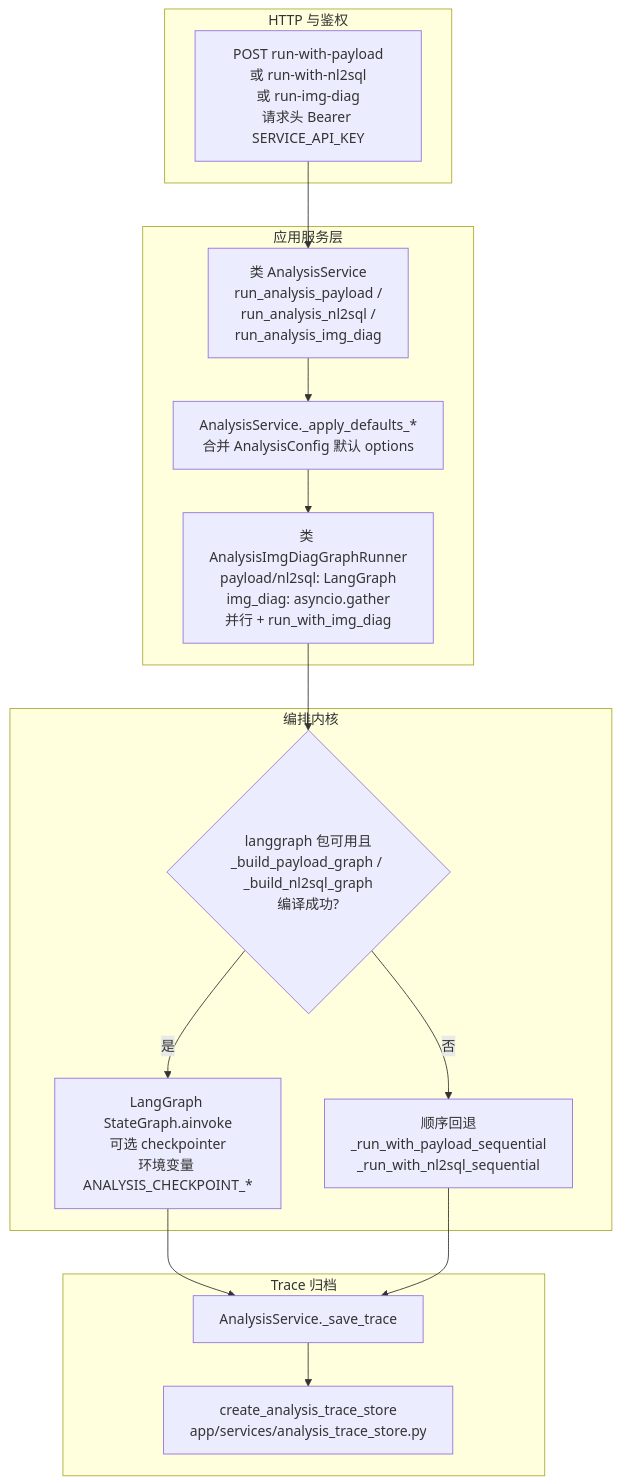
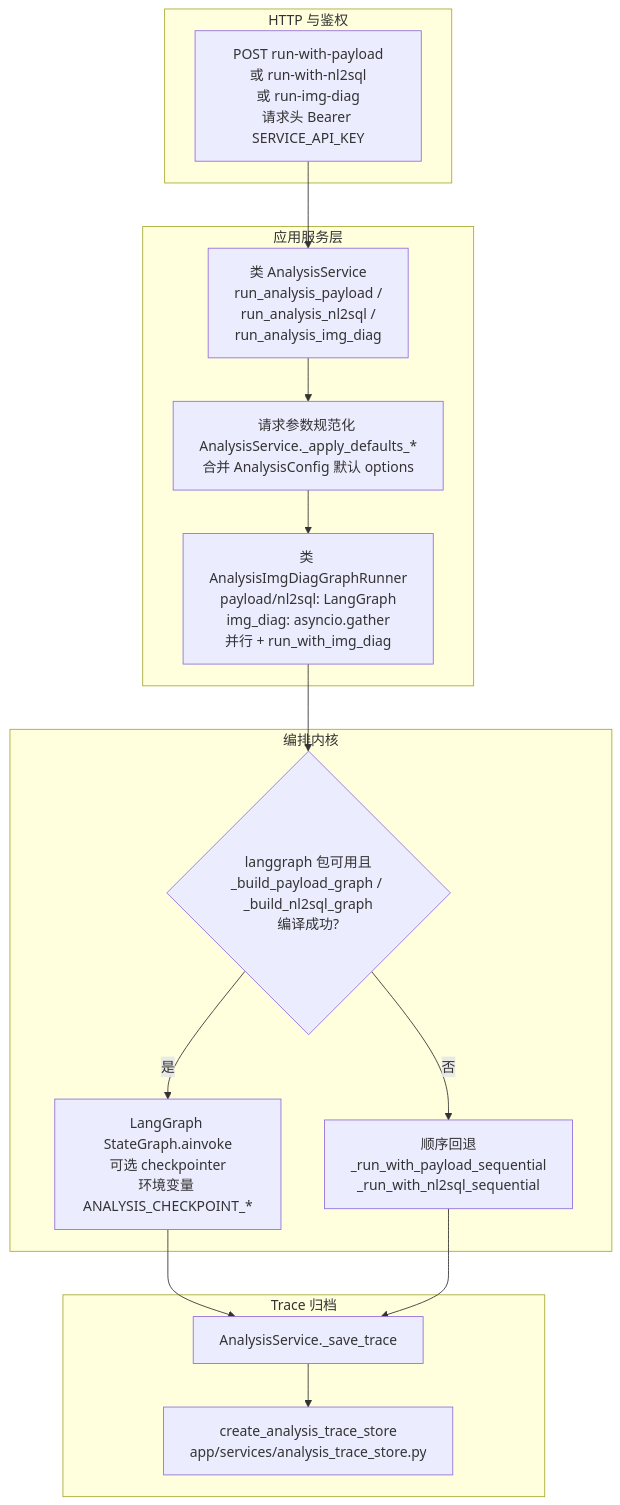
The first of 8 diagrams in enterprise-level_transformation_docs/企业级综合分析实现和使用说明.md (gaocf888/models_app_framework), drawn with Mermaid before and after one commit. The commit also changed other lines of this file and 15 other files, not shown here.

Commit message:
优化 综合分析-超温分析/看图诊断

````diff
--- a/enterprise-level_transformation_docs/企业级综合分析实现和使用说明.md
+++ b/enterprise-level_transformation_docs/企业级综合分析实现和使用说明.md
@@ -82,26 +81,26 @@
 ```mermaid
 flowchart TB
   subgraph S_HTTP["HTTP 与鉴权"]
     API["POST run-with-payload\n或 run-with-nl2sql\n或 run-img-diag\n请求头 Bearer SERVICE_API_KEY"]
   end
   subgraph S_SVC["应用服务层"]
     SVC["类 AnalysisService\nrun_analysis_payload /\nrun_analysis_nl2sql /\nrun_analysis_img_diag"]
-    DEF["AnalysisService._apply_defaults_*\n合并 AnalysisConfig 默认 options"]
+    DEF["请求参数规范化 AnalysisService._apply_defaults_*\n合并 AnalysisConfig 默认 options"]
     GR["类 AnalysisImgDiagGraphRunner\npayload/nl2sql: LangGraph\nimg_diag: asyncio.gather\n并行 + run_with_img_diag"]
   end
   subgraph S_RUN["编排内核"]
     BR{"langgraph 包可用且\n_build_payload_graph / _build_nl2sql_graph\n编译成功?"}
     LG["LangGraph StateGraph.ainvoke\n可选 checkpointer\n环境变量 ANALYSIS_CHECKPOINT_*"]
     SEQ["顺序回退\n_run_with_payload_sequential\n_run_with_nl2sql_sequential"]
   end
   subgraph S_TRACE["Trace 归档"]
     SV["AnalysisService._save_trace"]
     ST["create_analysis_trace_store\napp/services/analysis_trace_store.py"]
   end
   API --> SVC --> DEF --> GR --> BR
   BR -->|是| LG
   BR -->|否| SEQ
   LG --> SV
   SEQ --> SV
   SV --> ST
 ```
````
